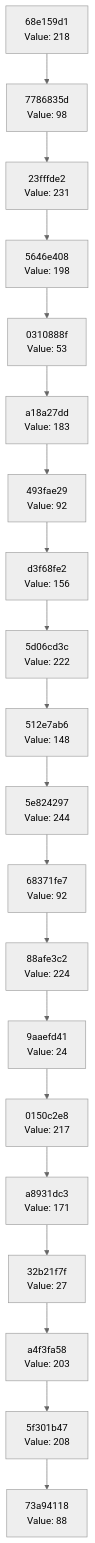
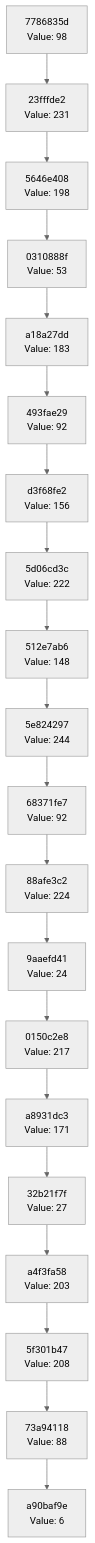
The diagram in docs/CHAIN_VISUALIZATION.md (Abhisheksinha1506/hash-chain-evolver), drawn with Mermaid (neutral theme) before and after one commit. The commit also changed 2 other files, not shown here.

Commit message:
Evolution step: hash 0x06 → action executed

````diff
--- a/docs/CHAIN_VISUALIZATION.md
+++ b/docs/CHAIN_VISUALIZATION.md
@@ -3,42 +3,42 @@
 ```mermaid
 graph TD
-    C0["73a94118<br/>Value: 88"]
-    C1["5f301b47<br/>Value: 208"]
+    C0["a90baf9e<br/>Value: 6"]
+    C1["73a94118<br/>Value: 88"]
     C1 --> C0
-    C2["a4f3fa58<br/>Value: 203"]
+    C2["5f301b47<br/>Value: 208"]
     C2 --> C1
-    C3["32b21f7f<br/>Value: 27"]
+    C3["a4f3fa58<br/>Value: 203"]
     C3 --> C2
-    C4["a8931dc3<br/>Value: 171"]
+    C4["32b21f7f<br/>Value: 27"]
     C4 --> C3
-    C5["0150c2e8<br/>Value: 217"]
+    C5["a8931dc3<br/>Value: 171"]
     C5 --> C4
-    C6["9aaefd41<br/>Value: 24"]
+    C6["0150c2e8<br/>Value: 217"]
     C6 --> C5
-    C7["88afe3c2<br/>Value: 224"]
+    C7["9aaefd41<br/>Value: 24"]
     C7 --> C6
-    C8["68371fe7<br/>Value: 92"]
+    C8["88afe3c2<br/>Value: 224"]
     C8 --> C7
-    C9["5e824297<br/>Value: 244"]
+    C9["68371fe7<br/>Value: 92"]
     C9 --> C8
-    C10["512e7ab6<br/>Value: 148"]
+    C10["5e824297<br/>Value: 244"]
     C10 --> C9
-    C11["5d06cd3c<br/>Value: 222"]
+    C11["512e7ab6<br/>Value: 148"]
     C11 --> C10
-    C12["d3f68fe2<br/>Value: 156"]
+    C12["5d06cd3c<br/>Value: 222"]
     C12 --> C11
-    C13["493fae29<br/>Value: 92"]
+    C13["d3f68fe2<br/>Value: 156"]
     C13 --> C12
-    C14["a18a27dd<br/>Value: 183"]
+    C14["493fae29<br/>Value: 92"]
     C14 --> C13
-    C15["0310888f<br/>Value: 53"]
+    C15["a18a27dd<br/>Value: 183"]
     C15 --> C14
-    C16["5646e408<br/>Value: 198"]
+    C16["0310888f<br/>Value: 53"]
     C16 --> C15
-    C17["23fffde2<br/>Value: 231"]
+    C17["5646e408<br/>Value: 198"]
     C17 --> C16
-    C18["7786835d<br/>Value: 98"]
+    C18["23fffde2<br/>Value: 231"]
     C18 --> C17
-    C19["68e159d1<br/>Value: 218"]
+    C19["7786835d<br/>Value: 98"]
     C19 --> C18
 ```
````
